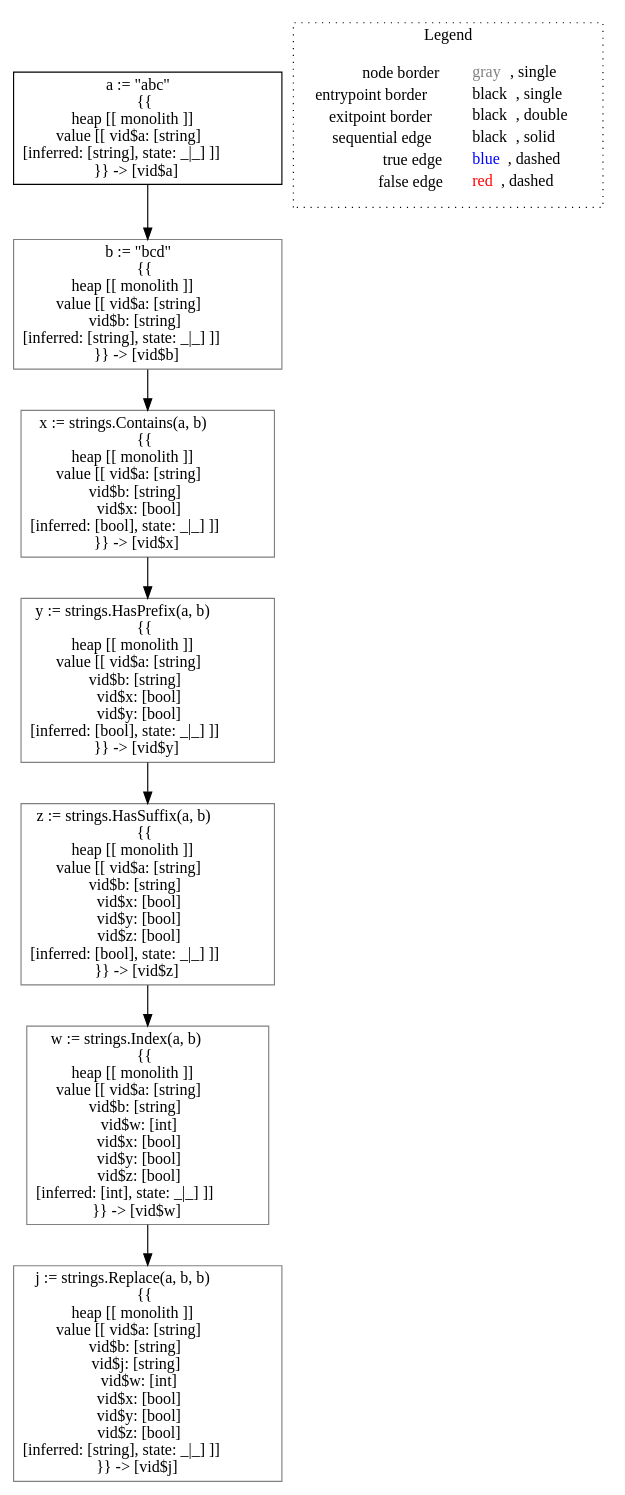
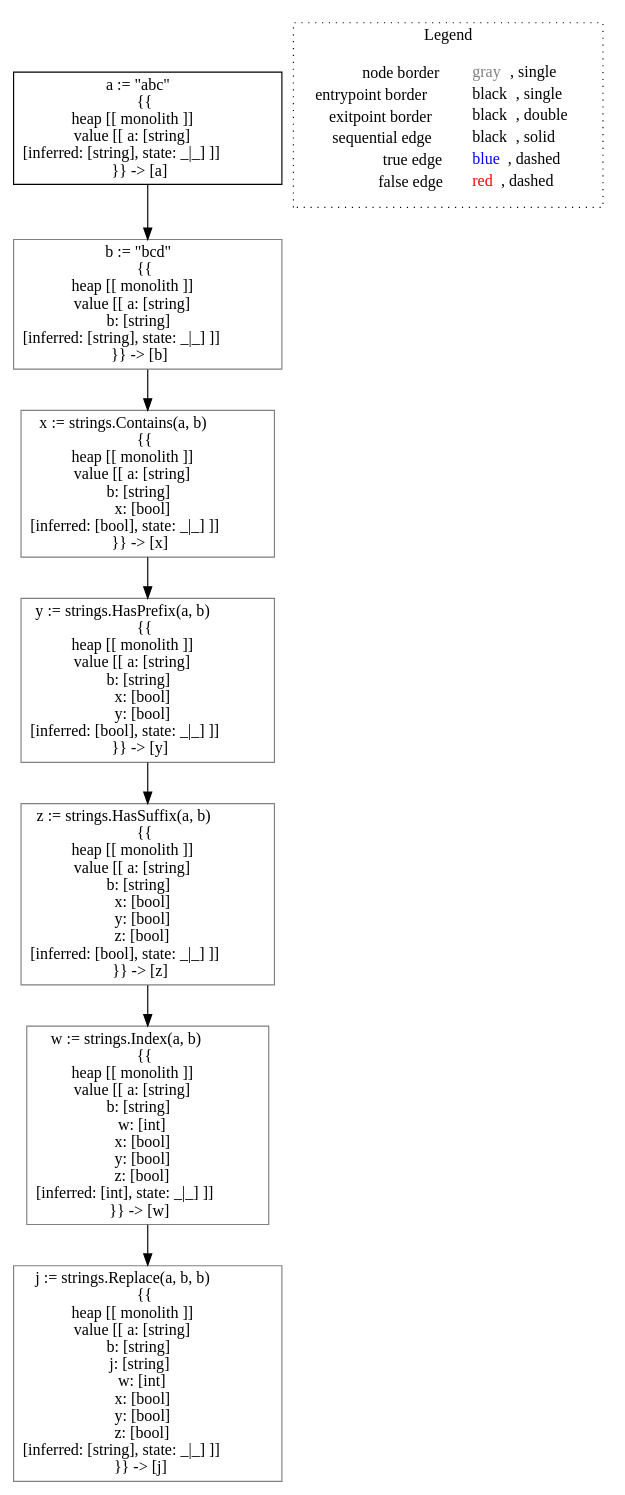
One commit to lisa-analyzer/go-lisa changed the diagram in go-lisa/go-testcases/typing/typing___untyped_~LiSAProgram.strings().dot. Above: the diagram before and after it, drawn with Graphviz. The commit also changed 10 other files, not shown here.

```diff
--- a/go-lisa/go-testcases/typing/typing___untyped_~LiSAProgram.strings().dot
+++ b/go-lisa/go-testcases/typing/typing___untyped_~LiSAProgram.strings().dot
@@ -1,22 +1,22 @@
 digraph {
-	"node0" [shape="rect",color="black",label=<a := &quot;abc&quot;<BR/>{{<BR/>heap [[ monolith ]]<BR/>value [[ vid$a: [string]<BR/>[inferred: [string], state: _|_] ]]<BR/>}} -&gt; [vid$a]>];
-	"node1" [shape="rect",color="gray",label=<b := &quot;bcd&quot;<BR/>{{<BR/>heap [[ monolith ]]<BR/>value [[ vid$a: [string]<BR/>vid$b: [string]<BR/>[inferred: [string], state: _|_] ]]<BR/>}} -&gt; [vid$b]>];
-	"node2" [shape="rect",color="gray",label=<z := strings.HasSuffix(a, b)<BR/>{{<BR/>heap [[ monolith ]]<BR/>value [[ vid$a: [string]<BR/>vid$b: [string]<BR/>vid$x: [bool]<BR/>vid$y: [bool]<BR/>vid$z: [bool]<BR/>[inferred: [bool], state: _|_] ]]<BR/>}} -&gt; [vid$z]>];
-	"node3" [shape="rect",color="gray",label=<j := strings.Replace(a, b, b)<BR/>{{<BR/>heap [[ monolith ]]<BR/>value [[ vid$a: [string]<BR/>vid$b: [string]<BR/>vid$j: [string]<BR/>vid$w: [int]<BR/>vid$x: [bool]<BR/>vid$y: [bool]<BR/>vid$z: [bool]<BR/>[inferred: [string], state: _|_] ]]<BR/>}} -&gt; [vid$j]>];
-	"node4" [shape="rect",color="gray",label=<x := strings.Contains(a, b)<BR/>{{<BR/>heap [[ monolith ]]<BR/>value [[ vid$a: [string]<BR/>vid$b: [string]<BR/>vid$x: [bool]<BR/>[inferred: [bool], state: _|_] ]]<BR/>}} -&gt; [vid$x]>];
-	"node5" [shape="rect",color="gray",label=<y := strings.HasPrefix(a, b)<BR/>{{<BR/>heap [[ monolith ]]<BR/>value [[ vid$a: [string]<BR/>vid$b: [string]<BR/>vid$x: [bool]<BR/>vid$y: [bool]<BR/>[inferred: [bool], state: _|_] ]]<BR/>}} -&gt; [vid$y]>];
-	"node6" [shape="rect",color="gray",label=<w := strings.Index(a, b)<BR/>{{<BR/>heap [[ monolith ]]<BR/>value [[ vid$a: [string]<BR/>vid$b: [string]<BR/>vid$w: [int]<BR/>vid$x: [bool]<BR/>vid$y: [bool]<BR/>vid$z: [bool]<BR/>[inferred: [int], state: _|_] ]]<BR/>}} -&gt; [vid$w]>];
-	"node0" -> "node1" [color="black"];
-	"node1" -> "node4" [color="black"];
-	"node2" -> "node6" [color="black"];
-	"node4" -> "node5" [color="black"];
-	"node5" -> "node2" [color="black"];
+	"node0" [shape="rect",color="black",label=<a := &quot;abc&quot;<BR/>{{<BR/>heap [[ monolith ]]<BR/>value [[ a: [string]<BR/>[inferred: [string], state: _|_] ]]<BR/>}} -&gt; [a]>];
+	"node1" [shape="rect",color="gray",label=<x := strings.Contains(a, b)<BR/>{{<BR/>heap [[ monolith ]]<BR/>value [[ a: [string]<BR/>b: [string]<BR/>x: [bool]<BR/>[inferred: [bool], state: _|_] ]]<BR/>}} -&gt; [x]>];
+	"node2" [shape="rect",color="gray",label=<w := strings.Index(a, b)<BR/>{{<BR/>heap [[ monolith ]]<BR/>value [[ a: [string]<BR/>b: [string]<BR/>w: [int]<BR/>x: [bool]<BR/>y: [bool]<BR/>z: [bool]<BR/>[inferred: [int], state: _|_] ]]<BR/>}} -&gt; [w]>];
+	"node3" [shape="rect",color="gray",label=<z := strings.HasSuffix(a, b)<BR/>{{<BR/>heap [[ monolith ]]<BR/>value [[ a: [string]<BR/>b: [string]<BR/>x: [bool]<BR/>y: [bool]<BR/>z: [bool]<BR/>[inferred: [bool], state: _|_] ]]<BR/>}} -&gt; [z]>];
+	"node4" [shape="rect",color="gray",label=<b := &quot;bcd&quot;<BR/>{{<BR/>heap [[ monolith ]]<BR/>value [[ a: [string]<BR/>b: [string]<BR/>[inferred: [string], state: _|_] ]]<BR/>}} -&gt; [b]>];
+	"node5" [shape="rect",color="gray",label=<j := strings.Replace(a, b, b)<BR/>{{<BR/>heap [[ monolith ]]<BR/>value [[ a: [string]<BR/>b: [string]<BR/>j: [string]<BR/>w: [int]<BR/>x: [bool]<BR/>y: [bool]<BR/>z: [bool]<BR/>[inferred: [string], state: _|_] ]]<BR/>}} -&gt; [j]>];
+	"node6" [shape="rect",color="gray",label=<y := strings.HasPrefix(a, b)<BR/>{{<BR/>heap [[ monolith ]]<BR/>value [[ a: [string]<BR/>b: [string]<BR/>x: [bool]<BR/>y: [bool]<BR/>[inferred: [bool], state: _|_] ]]<BR/>}} -&gt; [y]>];
+	"node1" -> "node6" [color="black"];
+	"node2" -> "node5" [color="black"];
+	"node3" -> "node2" [color="black"];
+	"node4" -> "node1" [color="black"];
+	"node0" -> "node4" [color="black"];
 	"node6" -> "node3" [color="black"];
 subgraph cluster_legend {
 	label="Legend";
 	style=dotted;
 	node [shape=plaintext];
 	"legend" [label=<<table border="0" cellpadding="2" cellspacing="0" cellborder="0"><tr><td align="right">node border&nbsp;</td><td align="left"><font color="gray">gray</font>, single</td></tr><tr><td align="right">entrypoint border&nbsp;</td><td align="left"><font color="black">black</font>, single</td></tr><tr><td align="right">exitpoint border&nbsp;</td><td align="left"><font color="black">black</font>, double</td></tr><tr><td align="right">sequential edge&nbsp;</td><td align="left"><font color="black">black</font>, solid</td></tr><tr><td align="right">true edge&nbsp;</td><td align="left"><font color="blue">blue</font>, dashed</td></tr><tr><td align="right">false edge&nbsp;</td><td align="left"><font color="red">red</font>, dashed</td></tr></table>>];
 }
 
 }
```
